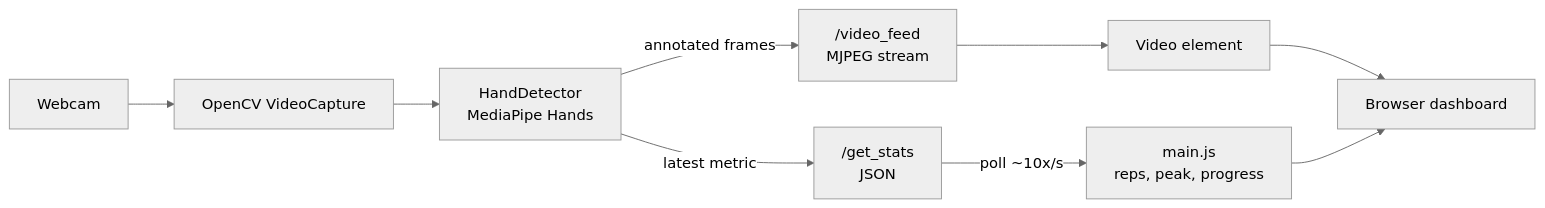
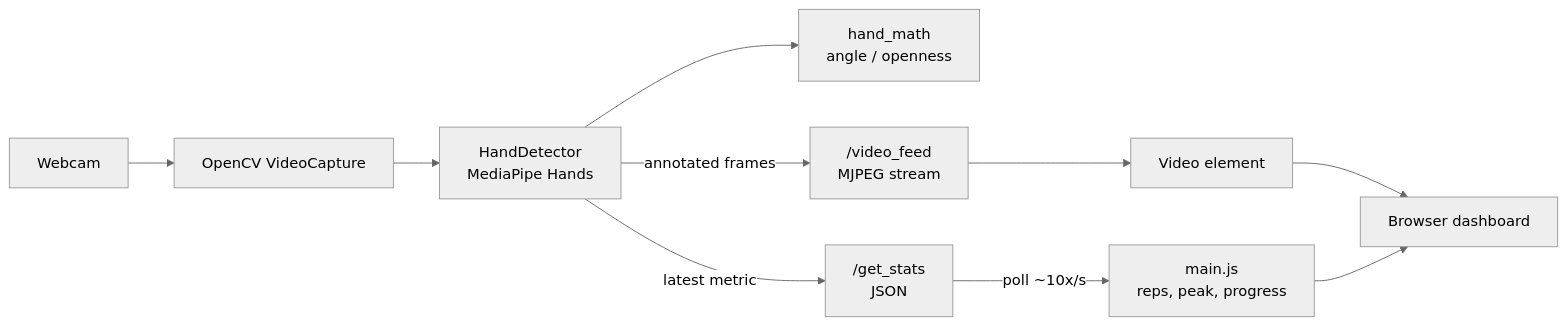
One commit to rehmanazeem/rehabilitation-app changed the diagram in README.md. Above: the diagram before and after it, drawn with Mermaid (neutral theme). The commit also changed other lines of this file and 4 other files, not shown here.

Commit message:
Split pure landmark maths into hand_math, add tests, section main.js

````diff
--- a/README.md
+++ b/README.md
@@ -52,11 +52,12 @@
 ```mermaid
 flowchart LR
     Cam[Webcam] --> CV[OpenCV VideoCapture]
     CV --> HD[HandDetector<br/>MediaPipe Hands]
+    HD --> HM[hand_math<br/>angle / openness]
     HD -->|annotated frames| VF["/video_feed<br/>MJPEG stream"]
     HD -->|latest metric| GS["/get_stats<br/>JSON"]
     VF --> IMG[Video element]
     GS -->|poll ~10x/s| JS[main.js<br/>reps, peak, progress]
     IMG --> UI[Browser dashboard]
     JS --> UI
 ```
````
